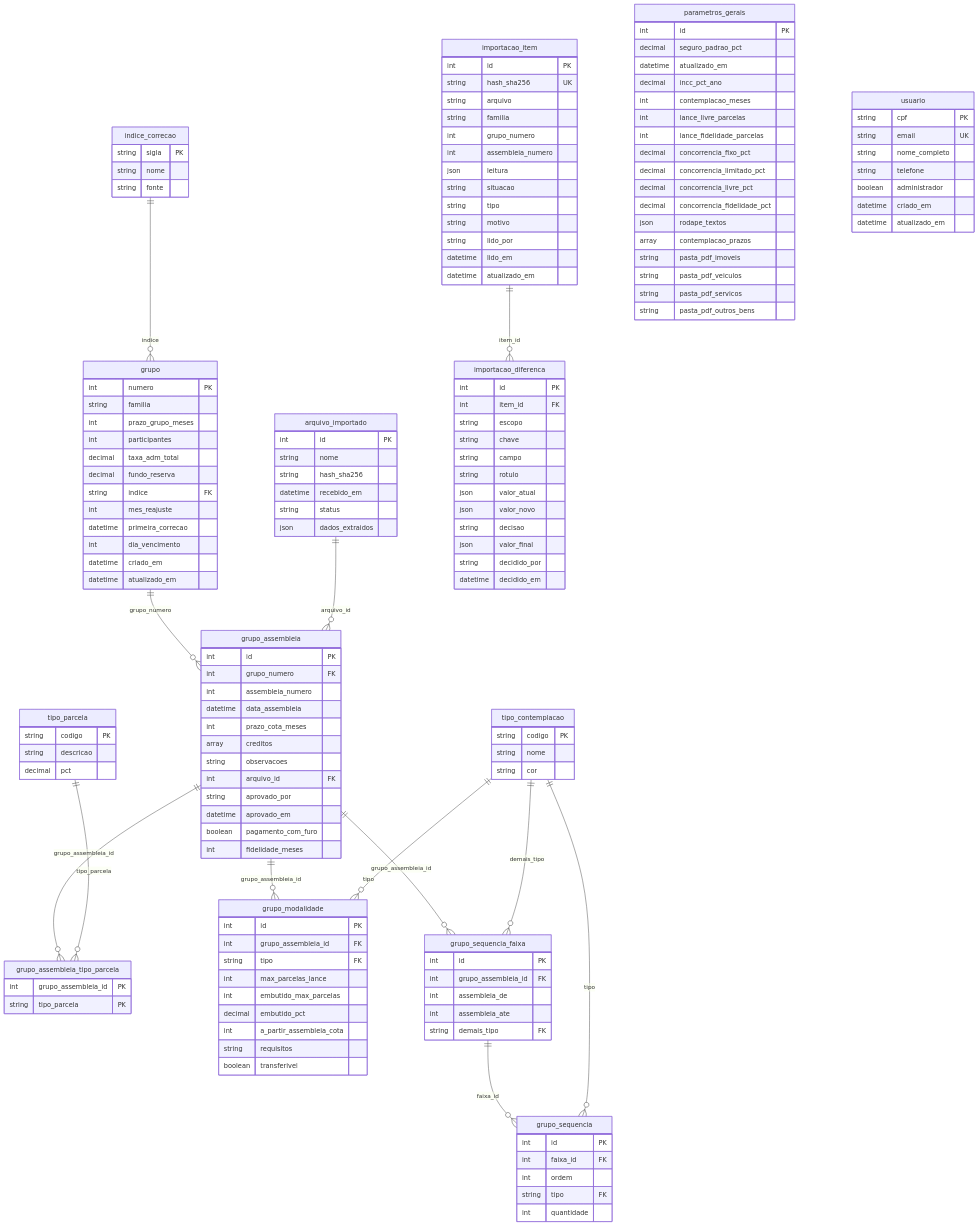
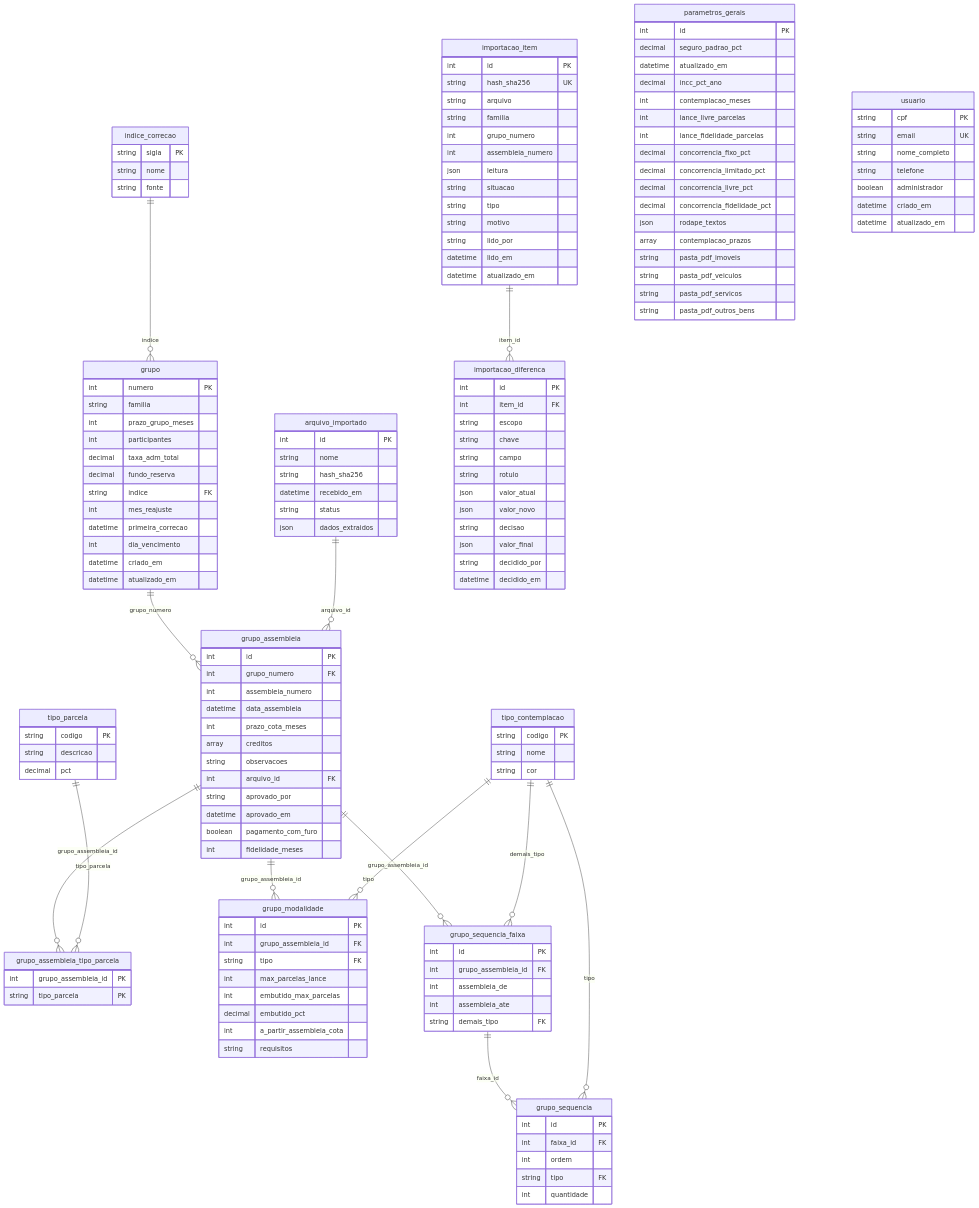
One commit to vladimic/dinastia changed the diagram in docs/modelo-de-dados.md. Above: the diagram before and after it, drawn with Mermaid. The commit also changed other lines of this file and 16 other files, not shown here.

```diff
--- a/docs/modelo-de-dados.md
+++ b/docs/modelo-de-dados.md
@@ -107,7 +107,6 @@
     decimal embutido_pct
     int a_partir_assembleia_cota
     string requisitos
-    boolean transferivel
   }
   grupo_sequencia_faixa {
     int id PK
```
